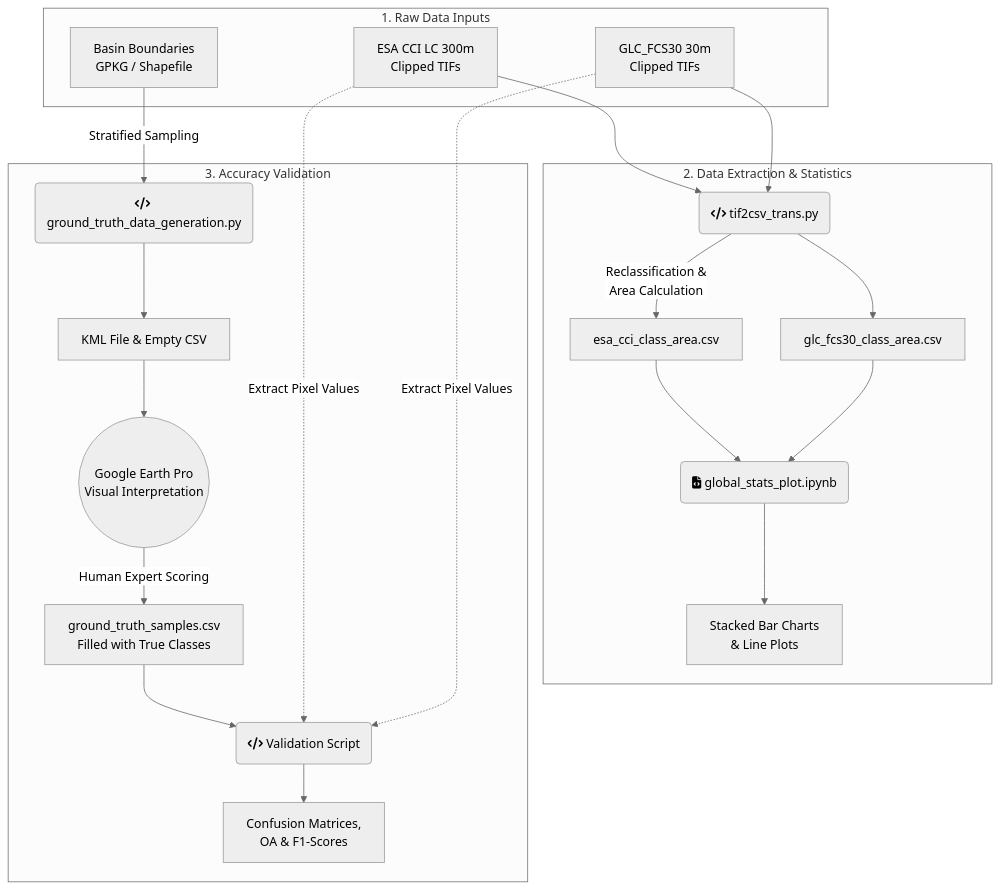
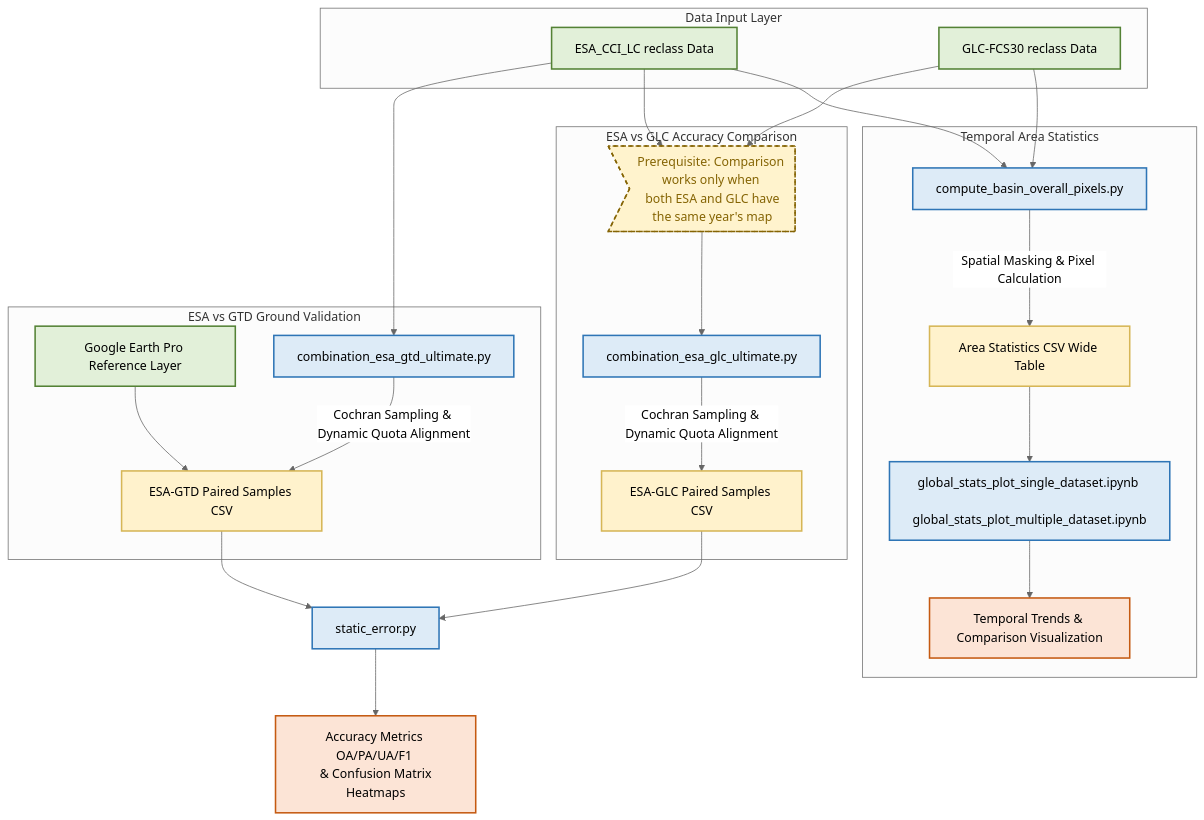
One commit to jack-yip0867/Forest-Cover-Validation changed the diagram in readme.md. Above: the diagram before and after it, drawn with Mermaid (neutral theme). The commit also changed other lines of this file and 27 other files, not shown here.

````diff
--- a/readme.md
+++ b/readme.md
@@ -70,46 +66,62 @@
 ```mermaid
 graph TD
-    %% 1. Raw Data Inputs
-    subgraph Input_Data [1. Raw Data Inputs]
-        ESA[ESA CCI LC 300m <br/> Clipped TIFs]
-        GLC[GLC_FCS30 30m <br/> Clipped TIFs]
-        BBOX[Basin Boundaries <br/> GPKG / Shapefile]
+    %% Define node styles
+    classDef rawData fill:#e2f0d9,stroke:#548235,stroke-width:2px,color:#000
+    classDef script fill:#ddebf7,stroke:#2e75b6,stroke-width:2px,color:#000
+    classDef output fill:#fff2cc,stroke:#d6b656,stroke-width:2px,color:#000
+    classDef final fill:#fce4d6,stroke:#c55a11,stroke-width:2px,color:#000
+    classDef warning fill:#fff3cd,stroke:#856404,stroke-width:2px,stroke-dasharray: 5 5,color:#856404
+
+    %% Top Data Input Area (Centered)
+    subgraph Input_Data [Data Input Layer]
+        ESA[ESA_CCI_LC reclass Data]:::rawData
+        GLC[GLC-FCS30 reclass Data]:::rawData
     end
 
-    %% 2. Data Extraction & Statistics
-    subgraph Stats_Analysis [2. Data Extraction & Statistics]
-        SCRIPT1(fa:fa-code tif2csv_trans.py)
-        CSV1[esa_cci_class_area.csv]
-        CSV2[glc_fcs30_class_area.csv]
-        JUPYTER(fa:fa-file-code global_stats_plot.ipynb)
-        CHARTS[Stacked Bar Charts <br/> & Line Plots]
+    %% Three Parallel Processing Pipelines
+    subgraph Track_1 [Temporal Area Statistics]
+        S1[compute_basin_overall_pixels.py]:::script
+        CSV_Area[Area Statistics CSV Wide Table]:::output
+        J1[global_stats_plot_single_dataset.ipynb <br/> global_stats_plot_multiple_dataset.ipynb]:::script
+        R1[Temporal Trends & Comparison Visualization]:::final
 
-        ESA --> SCRIPT1
-        GLC --> SCRIPT1
-        SCRIPT1 --> |Reclassification & <br/> Area Calculation| CSV1
-        SCRIPT1 --> CSV2
-        CSV1 --> JUPYTER
-        CSV2 --> JUPYTER
-        JUPYTER --> CHARTS
+        S1 -->|Spatial Masking & Pixel Calculation| CSV_Area
+        CSV_Area --> J1
+        J1 --> R1
     end
 
-    %% 3. Ground Truth Validation
-    subgraph Validation_Process [3. Accuracy Validation]
-        SCRIPT2(fa:fa-code ground_truth_data_generation.py)
-        KML[KML File & Empty CSV]
-        GEP((Google Earth Pro <br/> Visual Interpretation))
-        GT_CSV[ground_truth_samples.csv <br/> Filled with True Classes]
-        SCRIPT3(fa:fa-code Validation Script)
-        MATRIX[Confusion Matrices, <br/> OA & F1-Scores]
-
-        BBOX --> |Stratified Sampling| SCRIPT2
-        SCRIPT2 --> KML
-        KML --> GEP
-        GEP --> |Human Expert Scoring| GT_CSV
-        GT_CSV --> SCRIPT3
-        ESA -.-> |Extract Pixel Values| SCRIPT3
-        GLC -.-> |Extract Pixel Values| SCRIPT3
-        SCRIPT3 --> MATRIX
+    subgraph Track_2 [ESA vs GLC Accuracy Comparison]
+        Cond1>Prerequisite: Comparison works only when <br/> both ESA and GLC have the same year's map]:::warning
+        S2[combination_esa_glc_ultimate.py]:::script
+        CSV_Pair1[ESA-GLC Paired Samples CSV]:::output
+  
+        Cond1 --> S2
+        S2 -->|Cochran Sampling & Dynamic Quota Alignment| CSV_Pair1
     end
 
+    subgraph Track_3 [ESA vs GTD Ground Validation]
+        GEP[Google Earth Pro Reference Layer]:::rawData
+        S3[combination_esa_gtd_ultimate.py]:::script
+        CSV_Pair2[ESA-GTD Paired Samples CSV]:::output
+
+        S3 -->|Cochran Sampling & Dynamic Quota Alignment| CSV_Pair2
+    end
+
+    %% Cross-module connections (Defined externally for layout alignment)
+    ESA --> S1
+    GLC --> S1
+
+    ESA --> Cond1
+    GLC --> Cond1
+
+    ESA --> S3
+    GEP -->CSV_Pair2
+
+    %% Unified aggregation of accuracy comparison and validation branches
+    S4[static_error.py]:::script
+    R2[Accuracy Metrics OA/PA/UA/F1 <br/> & Confusion Matrix Heatmaps]:::final
+
+    CSV_Pair1 --> S4
+    CSV_Pair2 --> S4
+    S4 --> R2
 ```
````
